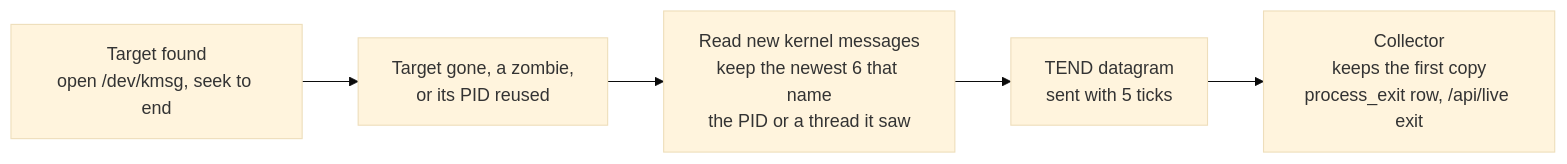
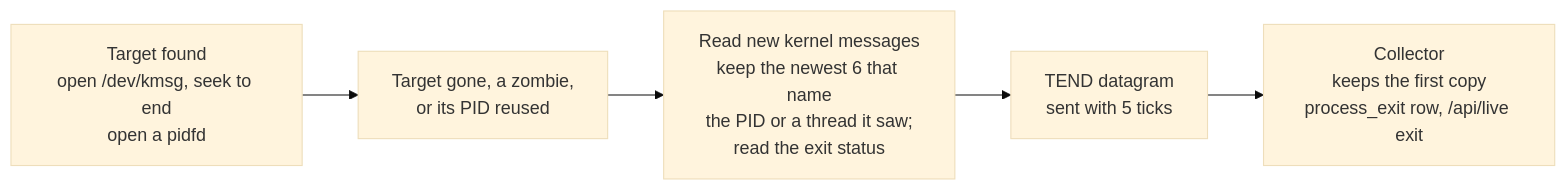
Before and after one commit to breakbadsp/triangulator: the diagram in docs/process-exit.md, drawn with Mermaid (base theme). The commit also changed other lines of this file and 6 other files, not shown here.

First line of the commit message:
Dashboard: name unlogged crashes and fold an earlier exit

````diff
--- a/docs/process-exit.md
+++ b/docs/process-exit.md
@@ -39,9 +68,9 @@
 ```mermaid
 flowchart LR
-    found["Target found<br/>open /dev/kmsg, seek to end"]
+    found["Target found<br/>open /dev/kmsg, seek to end<br/>open a pidfd"]
     gone["Target gone, a zombie,<br/>or its PID reused"]
-    read["Read new kernel messages<br/>keep the newest 6 that name<br/>the PID or a thread it saw"]
+    read["Read new kernel messages<br/>keep the newest 6 that name<br/>the PID or a thread it saw;<br/>read the exit status"]
     send["TEND datagram<br/>sent with 5 ticks"]
     collector["Collector<br/>keeps the first copy<br/>process_exit row, /api/live exit"]
     found --> gone --> read --> send --> collector
 ```
````
